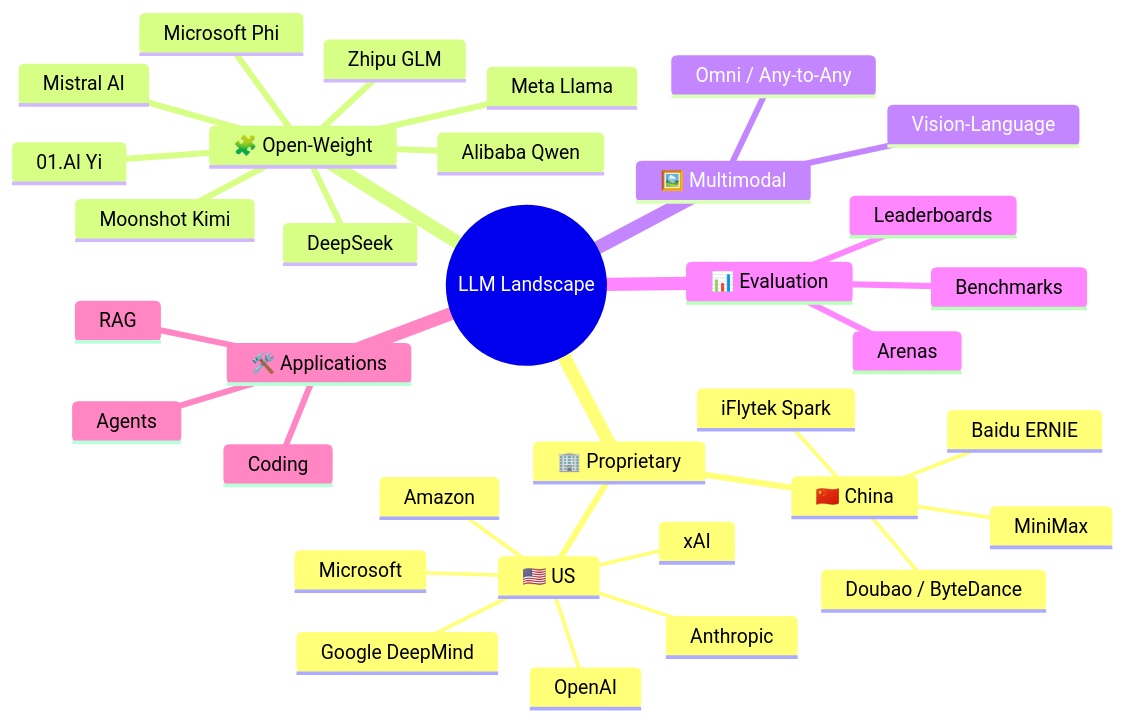
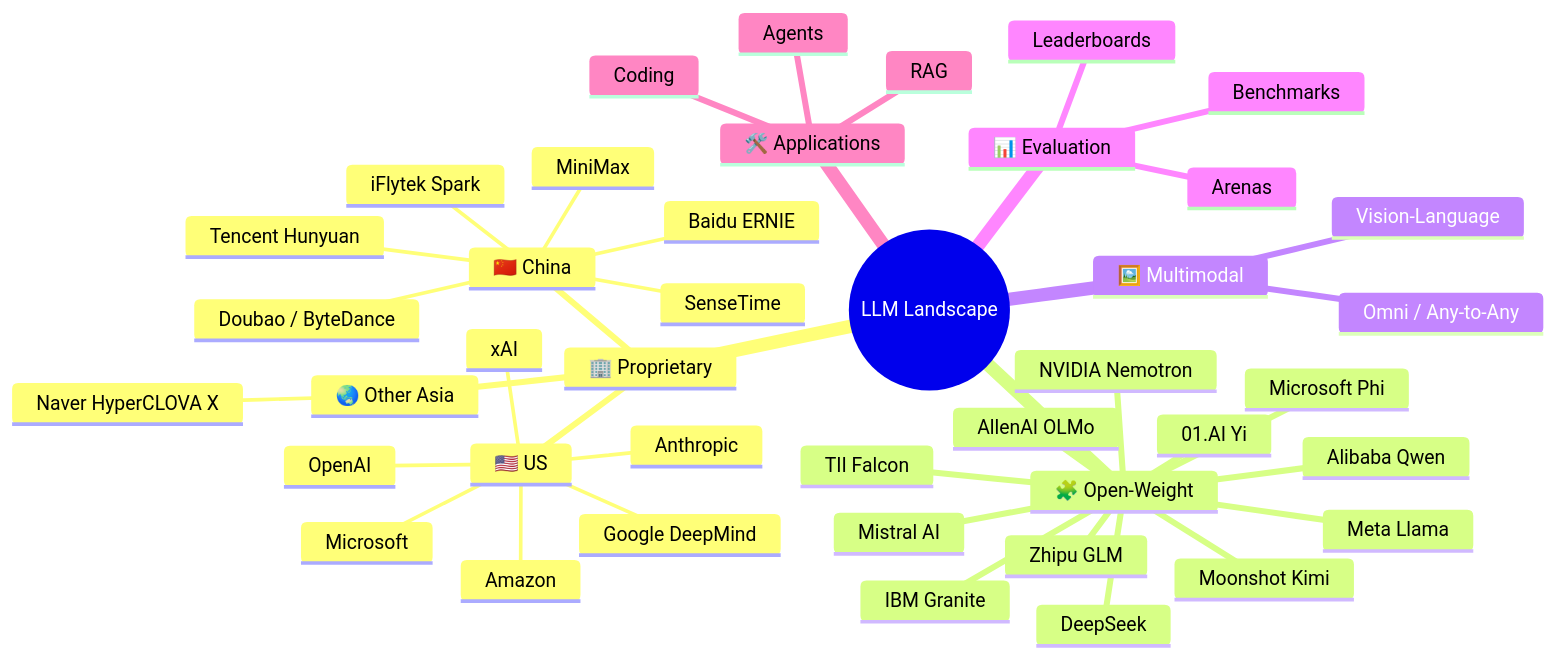
The first of 2 diagrams in README.md (HoobenWang/awesome-llm-landscape), drawn with Mermaid before and after one commit. The commit also changed other lines of this file and 2 other files, not shown here.

First line of the commit message:
Add Tencent, SenseTime, Naver, NVIDIA, IBM, TII, AllenAI

````diff
--- a/README.md
+++ b/README.md
@@ -42,37 +42,45 @@
 ```mermaid
 mindmap
   root((LLM Landscape))
     🏢 Proprietary
       🇺🇸 US
         OpenAI
         Anthropic
         Google DeepMind
         xAI
         Amazon
         Microsoft
       🇨🇳 China
         Baidu ERNIE
         Doubao / ByteDance
+        Tencent Hunyuan
+        SenseTime
         iFlytek Spark
         MiniMax
+      🌏 Other Asia
+        Naver HyperCLOVA X
     🧩 Open-Weight
       Meta Llama
       Mistral AI
       DeepSeek
       Alibaba Qwen
       Zhipu GLM
       Moonshot Kimi
       01.AI Yi
       Microsoft Phi
+      NVIDIA Nemotron
+      IBM Granite
+      TII Falcon
+      AllenAI OLMo
     🖼️ Multimodal
       Vision-Language
       Omni / Any-to-Any
     📊 Evaluation
       Arenas
       Benchmarks
       Leaderboards
     🛠️ Applications
       Agents
       RAG
       Coding
 ```
````
